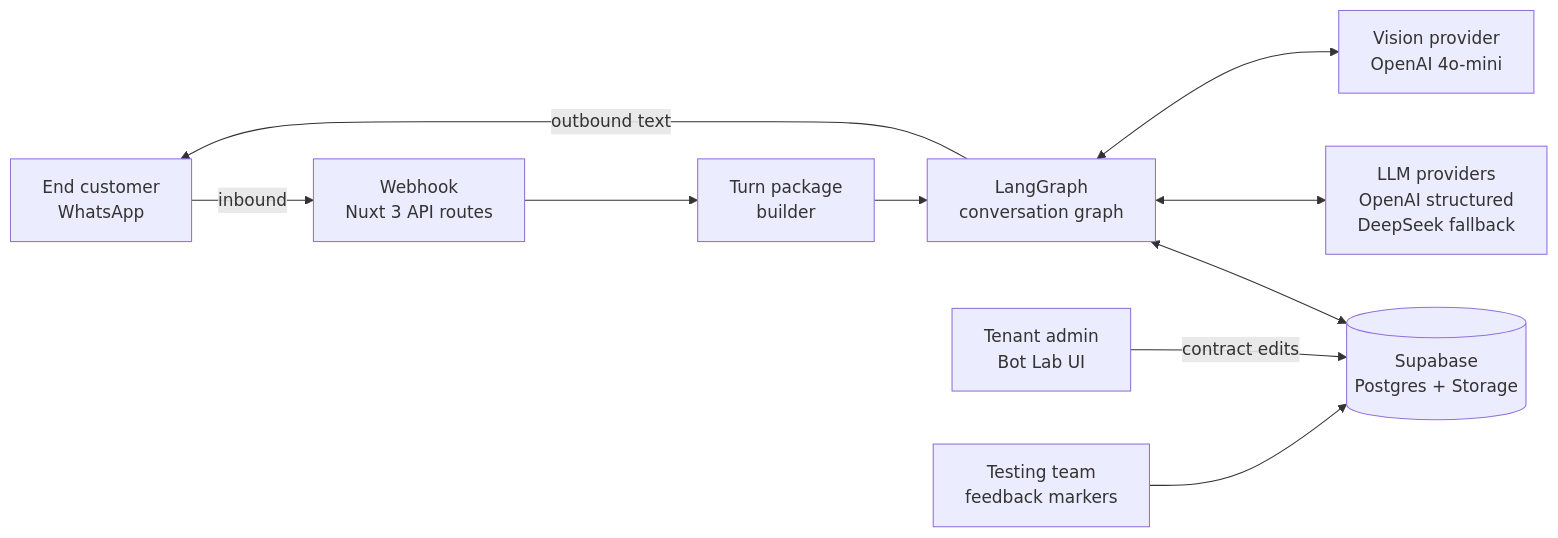
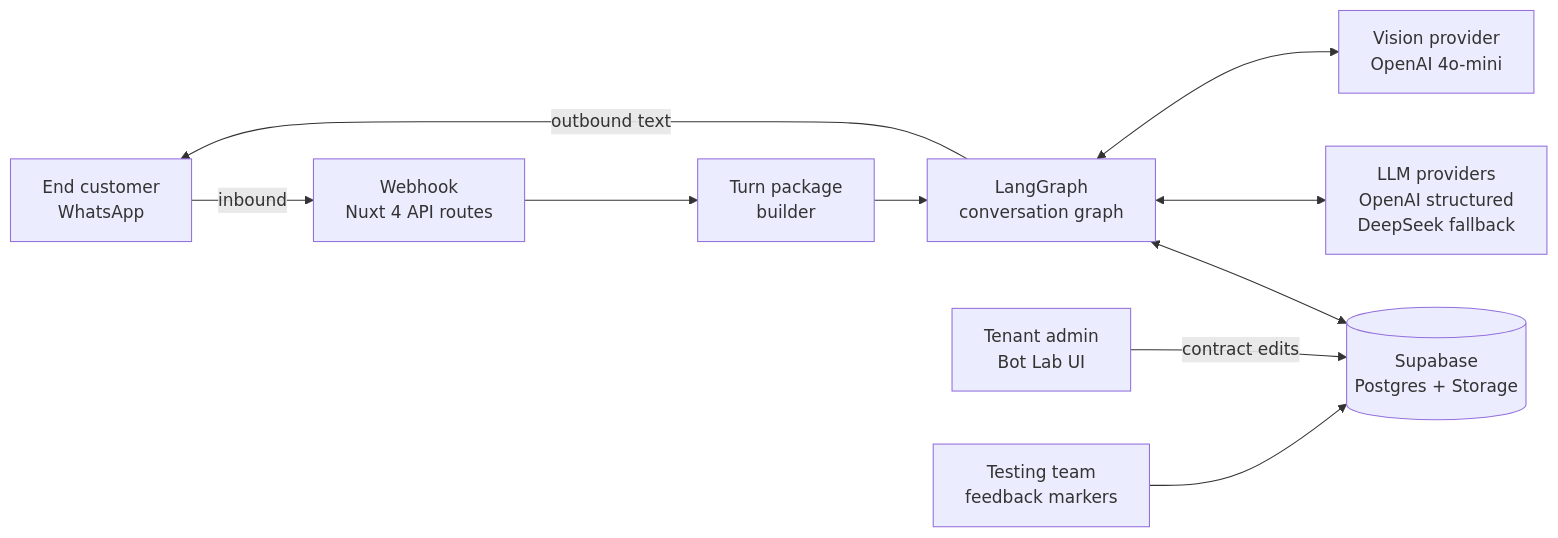
One commit to gusmacielpy/plataforma-multiatencion-inteligente-showcase changed the diagram in README.md. Above: the diagram before and after it, drawn with Mermaid. The commit also changed other lines of this file and 1 other file, not shown here.

Commit message:
docs: define PMI, add key features, fix Nuxt version and credits

````diff
--- a/README.md
+++ b/README.md
@@ -34,12 +46,12 @@
 ```mermaid
 flowchart LR
-  C[End customer<br/>WhatsApp] -->|inbound| W[Webhook<br/>Nuxt 3 API routes]
+  C[End customer<br/>WhatsApp] -->|inbound| W[Webhook<br/>Nuxt 4 API routes]
   W --> P[Turn package<br/>builder]
   P --> L[LangGraph<br/>conversation graph]
   L -->|outbound text| C
   L <--> S[(Supabase<br/>Postgres + Storage)]
   L <--> O[LLM providers<br/>OpenAI structured<br/>DeepSeek fallback]
   L <--> V[Vision provider<br/>OpenAI 4o-mini]
   A[Tenant admin<br/>Bot Lab UI] -->|contract edits| S
   TR[Testing team<br/>feedback markers] --> S
 ```
````
